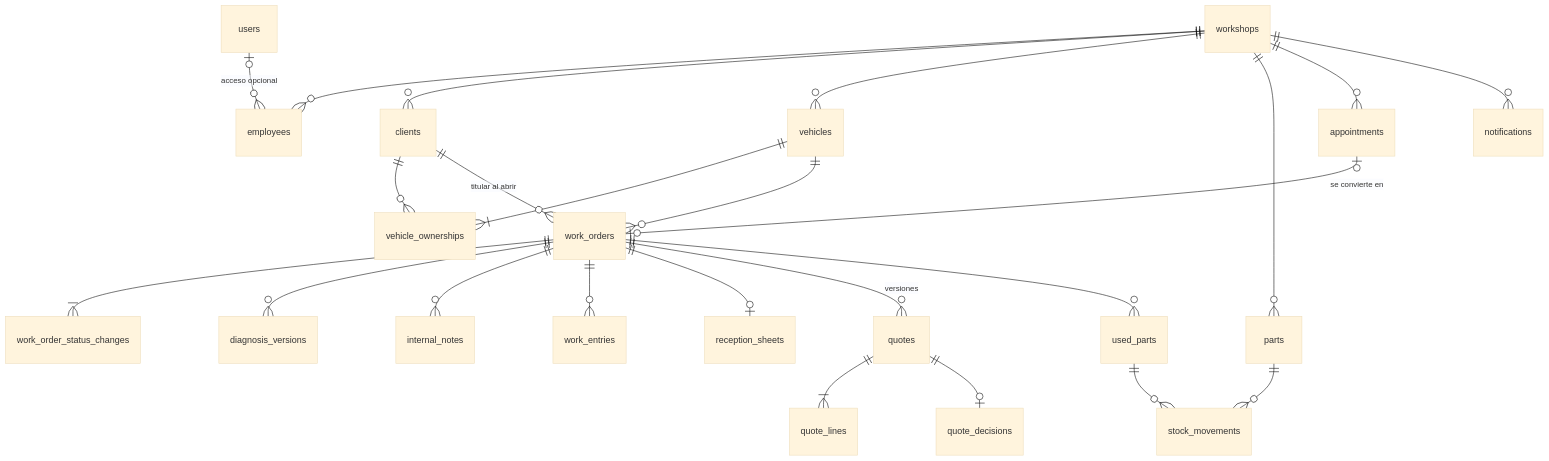
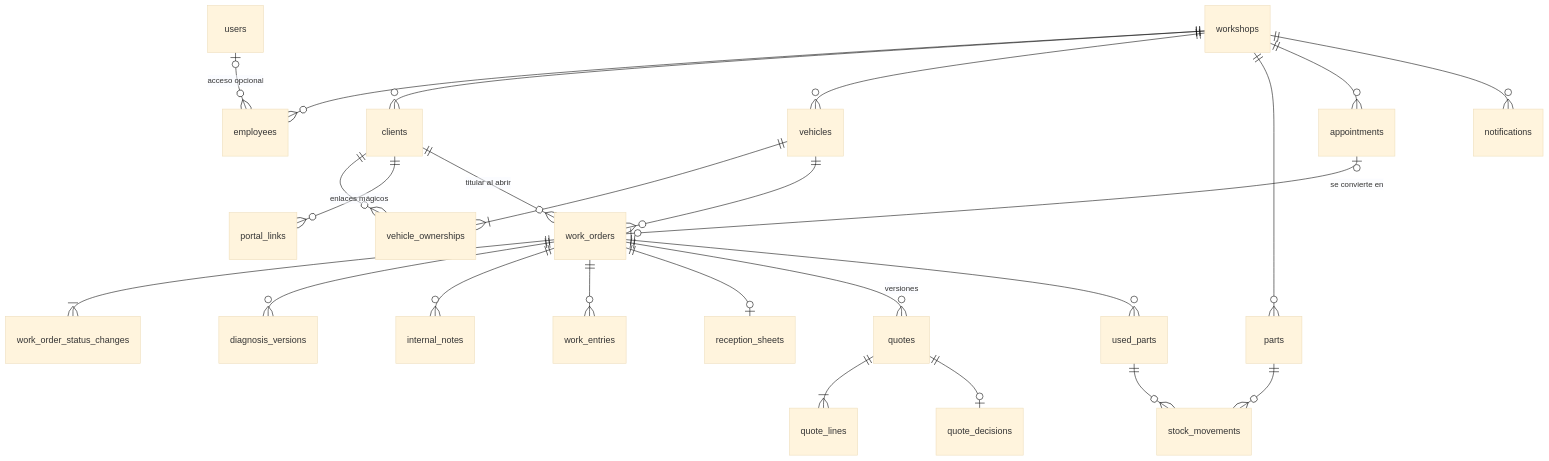
One commit to iMiguel10/axtton-core changed the second of 6 diagrams in docs/arquitectura/index.md. Above: the diagram before and after it, drawn with Mermaid (base theme). The commit also changed other lines of this file and 8 other files, not shown here.

````diff
--- a/docs/arquitectura/index.md
+++ b/docs/arquitectura/index.md
@@ -151,26 +153,27 @@
 ```mermaid
 erDiagram
     workshops ||--o{ employees : ""
     users |o--o{ employees : "acceso opcional"
     workshops ||--o{ clients : ""
     workshops ||--o{ vehicles : ""
     vehicles ||--|{ vehicle_ownerships : ""
     clients ||--o{ vehicle_ownerships : ""
+    clients ||--o{ portal_links : "enlaces mágicos"
     vehicles ||--o{ work_orders : ""
     clients ||--o{ work_orders : "titular al abrir"
     work_orders ||--|{ work_order_status_changes : ""
     work_orders ||--o{ diagnosis_versions : ""
     work_orders ||--o{ internal_notes : ""
     work_orders ||--o{ work_entries : ""
     work_orders ||--o| reception_sheets : ""
     work_orders ||--o{ quotes : "versiones"
     quotes ||--|{ quote_lines : ""
     quotes ||--o| quote_decisions : ""
     workshops ||--o{ parts : ""
     parts ||--o{ stock_movements : ""
     work_orders ||--o{ used_parts : ""
     used_parts ||--o{ stock_movements : ""
     workshops ||--o{ appointments : ""
     appointments |o--o| work_orders : "se convierte en"
     workshops ||--o{ notifications : ""
 ```
````
